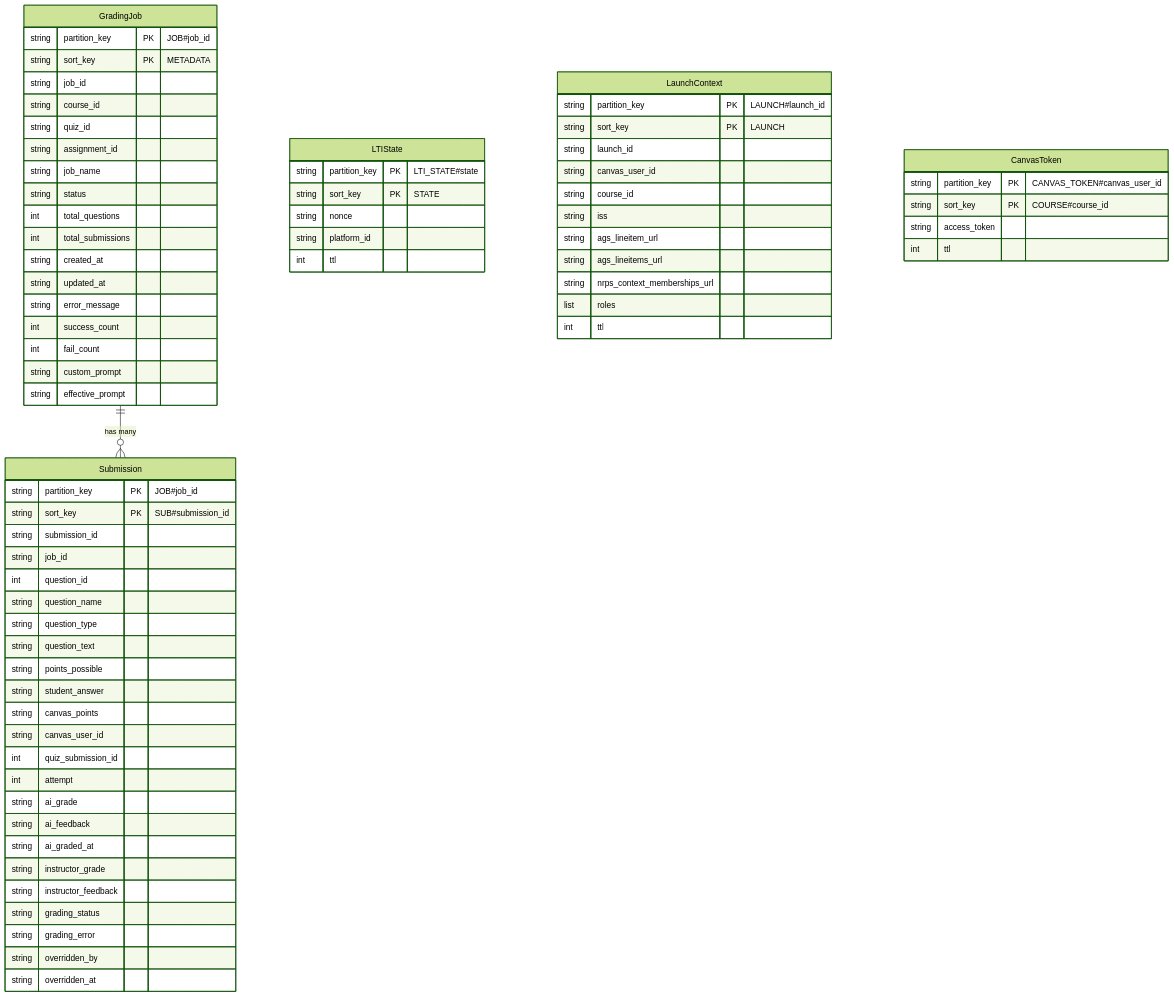
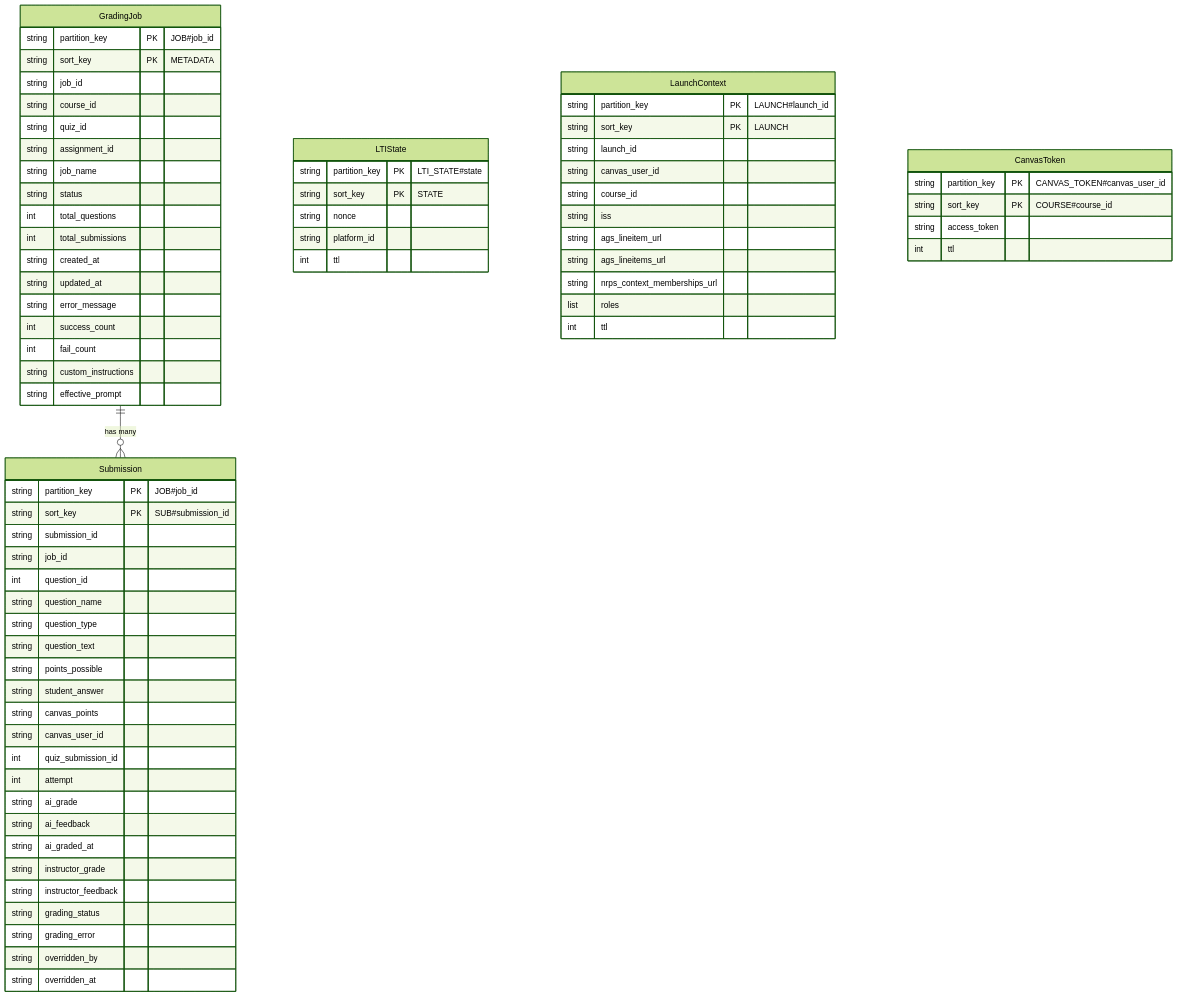
The diagram in docs/data-models/index.md (UBCForestryTLS/grading-helper-service), drawn with Mermaid (forest theme) before and after one commit. The commit also changed other lines of this file and 10 other files, not shown here.

Commit message:
renamed "custom_prompt" to "custom_instructions"

````diff
--- a/docs/data-models/index.md
+++ b/docs/data-models/index.md
@@ -9,79 +9,79 @@
 ```mermaid
 erDiagram
     GradingJob {
         string partition_key PK "JOB#job_id"
         string sort_key PK "METADATA"
         string job_id
         string course_id
         string quiz_id
         string assignment_id
         string job_name
         string status
         int total_questions
         int total_submissions
         string created_at
         string updated_at
         string error_message
         int success_count
         int fail_count
-        string custom_prompt
+        string custom_instructions
         string effective_prompt
     }
 
     Submission {
         string partition_key PK "JOB#job_id"
         string sort_key PK "SUB#submission_id"
         string submission_id
         string job_id
         int question_id
         string question_name
         string question_type
         string question_text
         string points_possible
         string student_answer
         string canvas_points
         string canvas_user_id
         int quiz_submission_id
         int attempt
         string ai_grade
         string ai_feedback
         string ai_graded_at
         string instructor_grade
         string instructor_feedback
         string grading_status
         string grading_error
         string overridden_by
         string overridden_at
     }
 
     LTIState {
         string partition_key PK "LTI_STATE#state"
         string sort_key PK "STATE"
         string nonce
         string platform_id
         int ttl
     }
 
     LaunchContext {
         string partition_key PK "LAUNCH#launch_id"
         string sort_key PK "LAUNCH"
         string launch_id
         string canvas_user_id
         string course_id
         string iss
         string ags_lineitem_url
         string ags_lineitems_url
         string nrps_context_memberships_url
         list roles
         int ttl
     }
 
     CanvasToken {
         string partition_key PK "CANVAS_TOKEN#canvas_user_id"
         string sort_key PK "COURSE#course_id"
         string access_token
         int ttl
     }
 
     GradingJob ||--o{ Submission : "has many"
 ```
````
